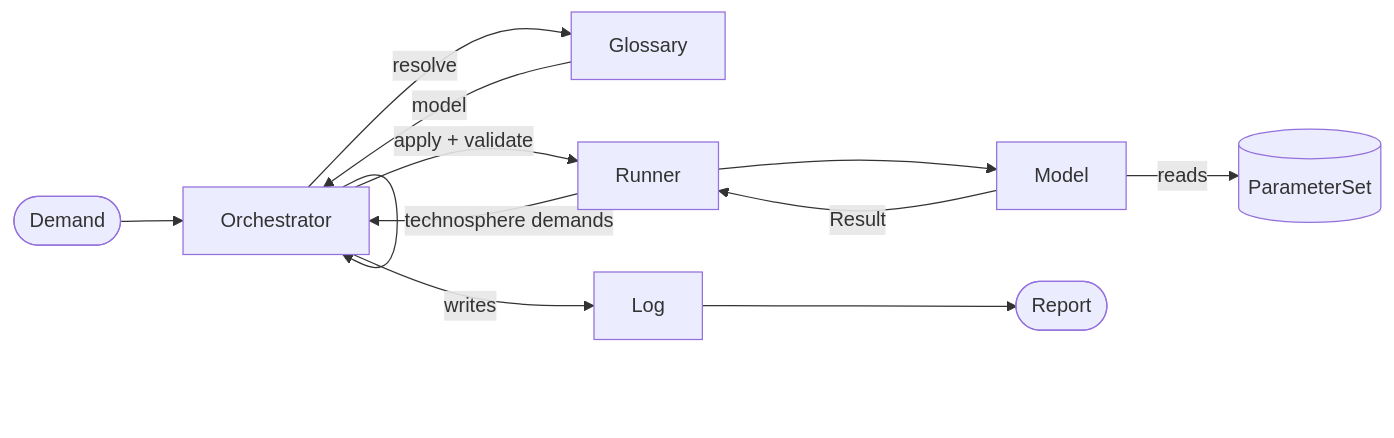
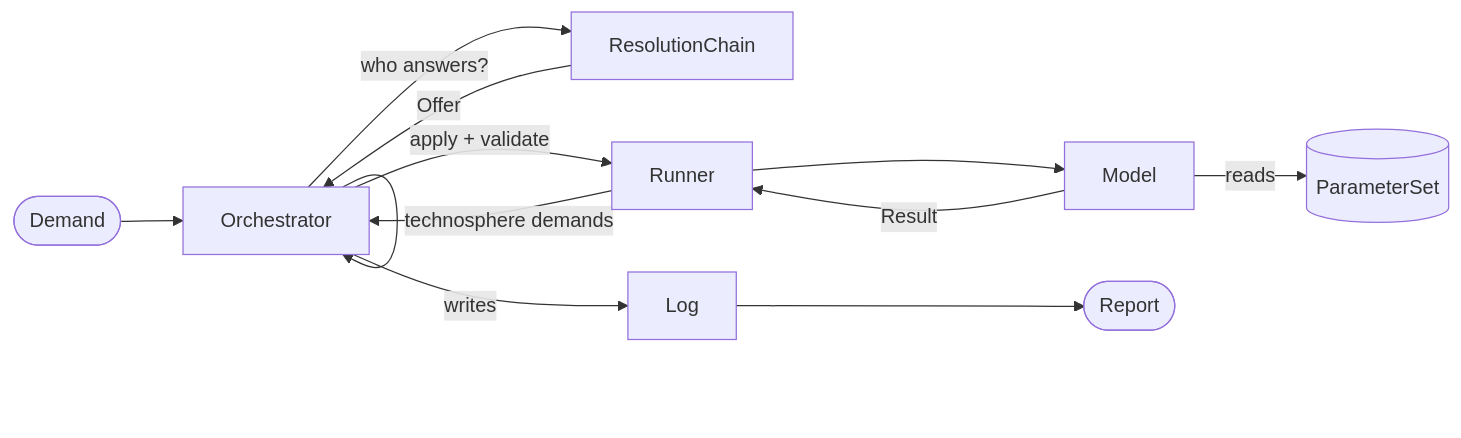
The diagram in docs/content/concepts.md (TimoDiepers/trailrunner), drawn with Mermaid before and after one commit. The commit also changed other lines of this file and 13 other files, not shown here.

````diff
--- a/docs/content/concepts.md
+++ b/docs/content/concepts.md
@@ -13,14 +12,14 @@
 ```mermaid
 flowchart LR
     D([Demand]) --> O[Orchestrator]
-    O -->|resolve| G[Glossary]
-    G -->|model| O
+    O -->|who answers?| C[ResolutionChain]
+    C -->|Offer| O
     O -->|apply + validate| R[Runner]
     R --> M[Model]
     M -->|reads| P[(ParameterSet)]
     M -->|Result| R
     R --> O
     O -->|writes| L[Log]
     L --> RP([Report])
     O -->|technosphere demands| O
 ```
````
